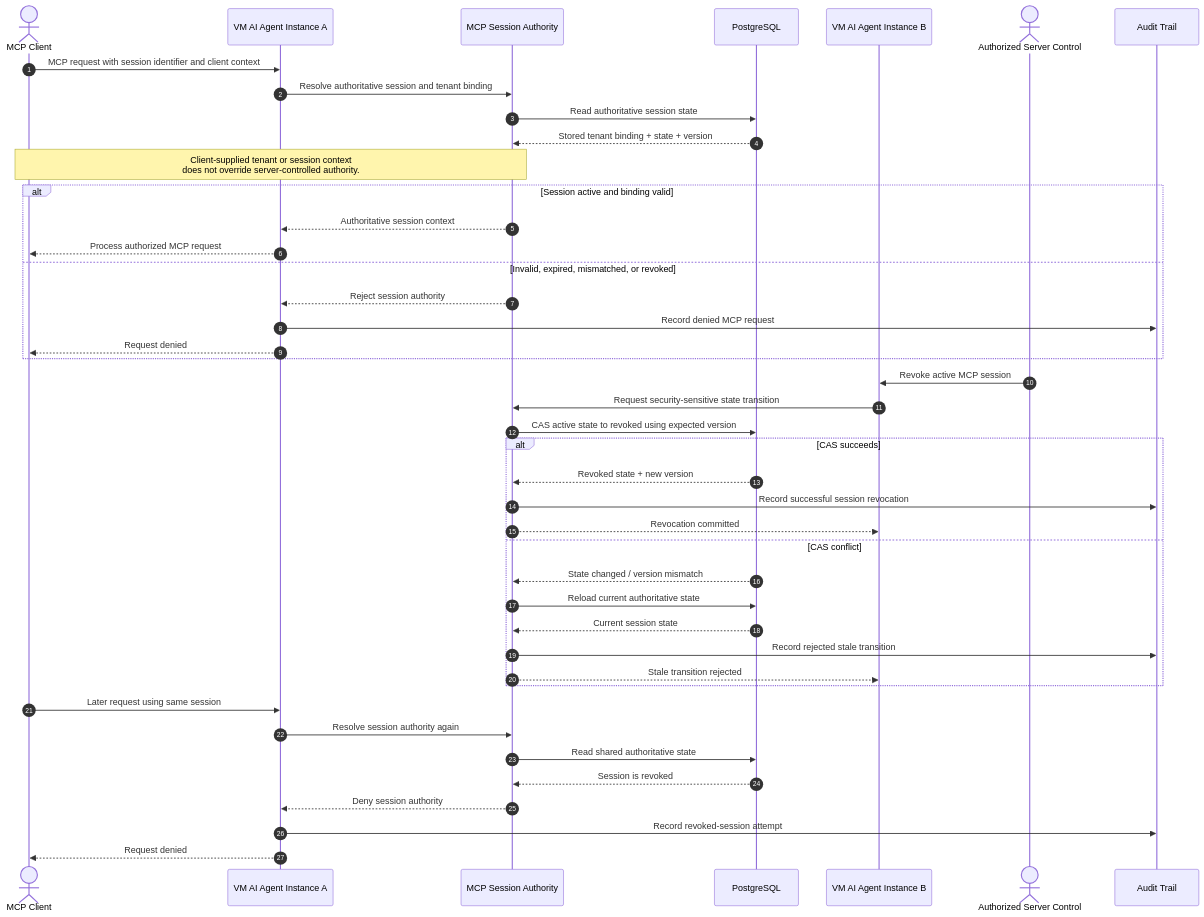
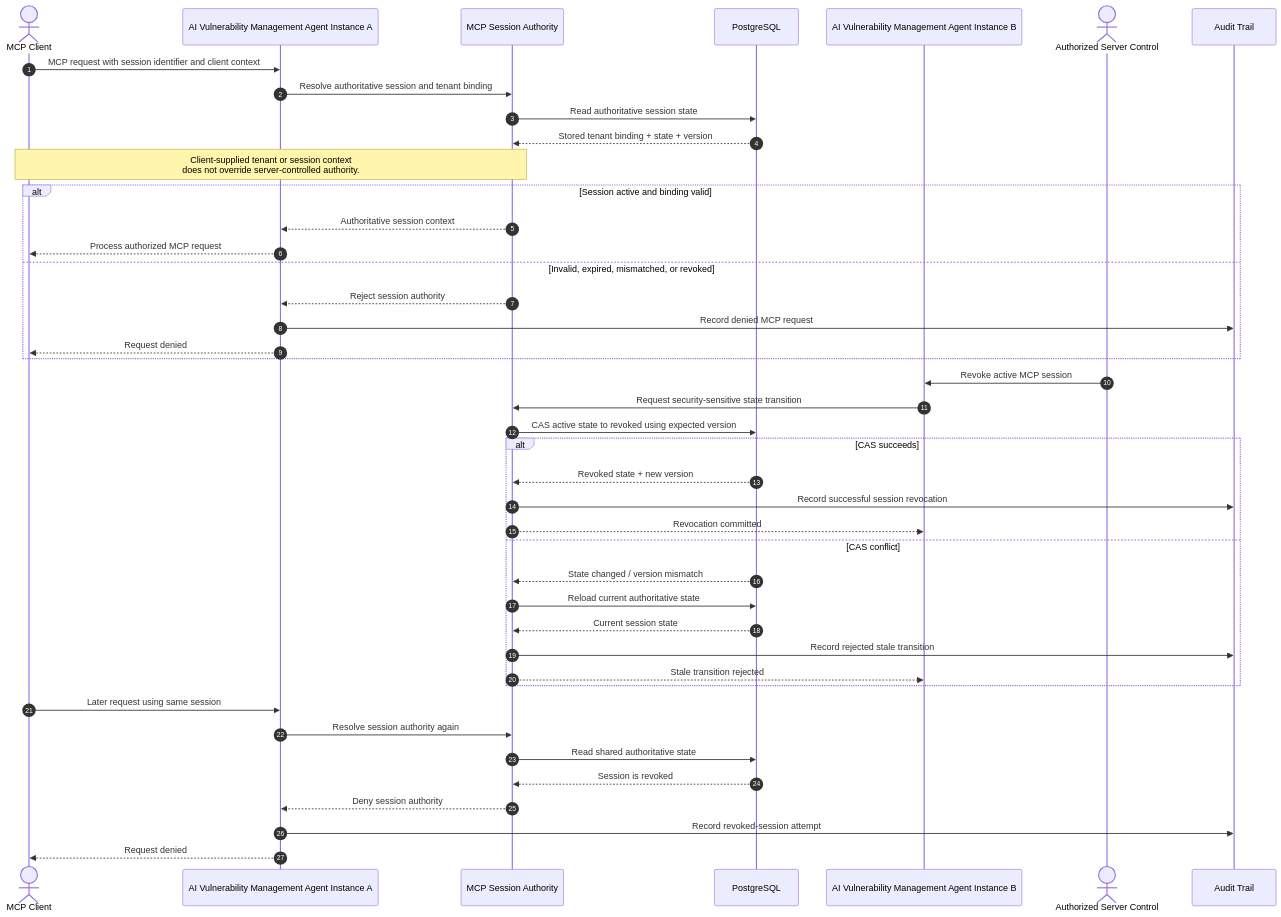
One commit to shabaaz3000-oss/vm-ai-agent changed the fourth of 6 diagrams in docs/architecture.md. Above: the diagram before and after it, drawn with Mermaid. The commit also changed other lines of this file and 14 other files, not shown here.

Commit message:
Rename project to AI Vulnerability Management Agent

````diff
--- a/docs/architecture.md
+++ b/docs/architecture.md
@@ -265,52 +265,52 @@
 ```mermaid
 sequenceDiagram
     autonumber
 
     actor Client as MCP Client
-    participant A as VM AI Agent Instance A
+    participant A as AI Vulnerability Management Agent Instance A
     participant Authority as MCP Session Authority
     participant DB as PostgreSQL
-    participant B as VM AI Agent Instance B
+    participant B as AI Vulnerability Management Agent Instance B
     actor Admin as Authorized Server Control
     participant Audit as Audit Trail
 
     Client->>A: MCP request with session identifier and client context
     A->>Authority: Resolve authoritative session and tenant binding
     Authority->>DB: Read authoritative session state
     DB-->>Authority: Stored tenant binding + state + version
 
     Note over Client,Authority: Client-supplied tenant or session context<br/>does not override server-controlled authority.
 
     alt Session active and binding valid
         Authority-->>A: Authoritative session context
         A-->>Client: Process authorized MCP request
     else Invalid, expired, mismatched, or revoked
         Authority-->>A: Reject session authority
         A->>Audit: Record denied MCP request
         A-->>Client: Request denied
     end
 
     Admin->>B: Revoke active MCP session
     B->>Authority: Request security-sensitive state transition
     Authority->>DB: CAS active state to revoked using expected version
 
     alt CAS succeeds
         DB-->>Authority: Revoked state + new version
         Authority->>Audit: Record successful session revocation
         Authority-->>B: Revocation committed
     else CAS conflict
         DB-->>Authority: State changed / version mismatch
         Authority->>DB: Reload current authoritative state
         DB-->>Authority: Current session state
         Authority->>Audit: Record rejected stale transition
         Authority-->>B: Stale transition rejected
     end
 
     Client->>A: Later request using same session
     A->>Authority: Resolve session authority again
     Authority->>DB: Read shared authoritative state
     DB-->>Authority: Session is revoked
     Authority-->>A: Deny session authority
     A->>Audit: Record revoked-session attempt
     A-->>Client: Request denied
 ```
````
